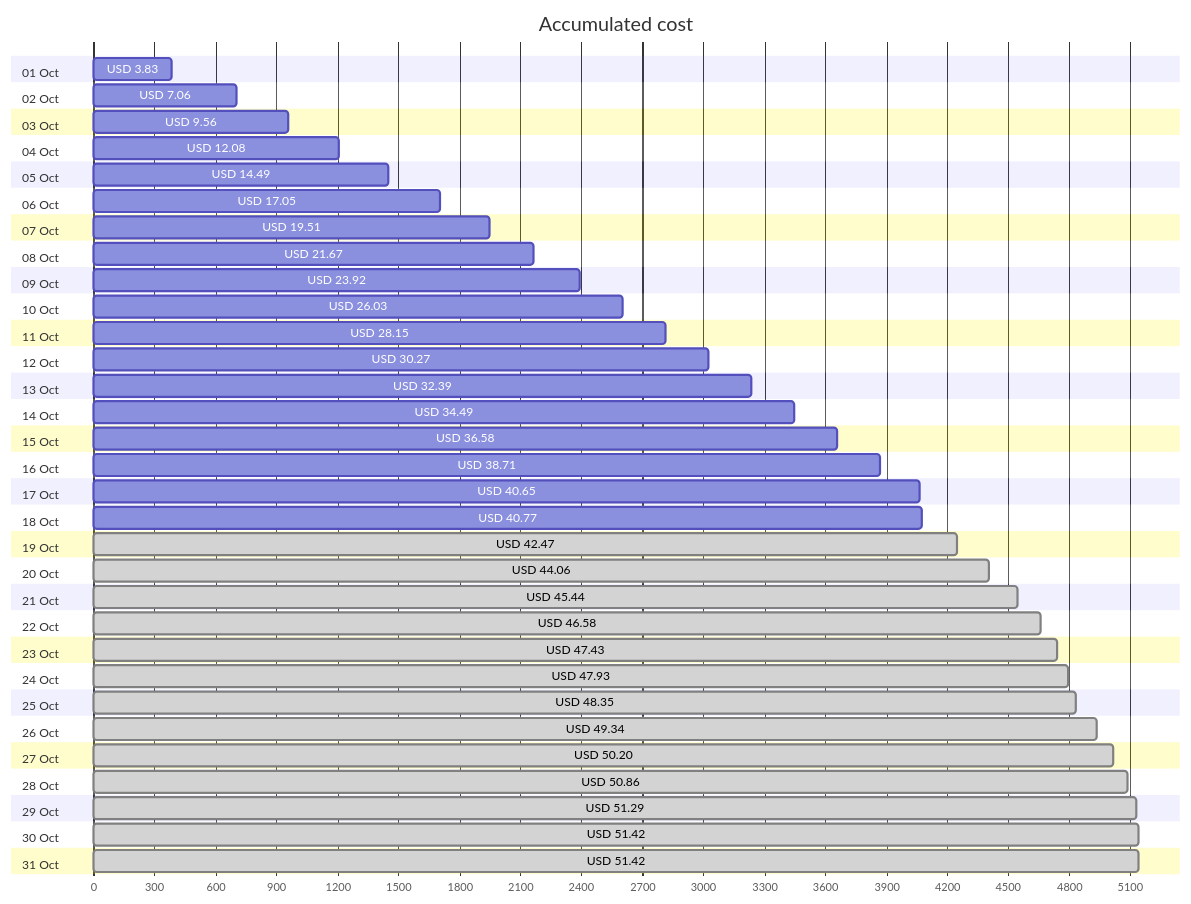
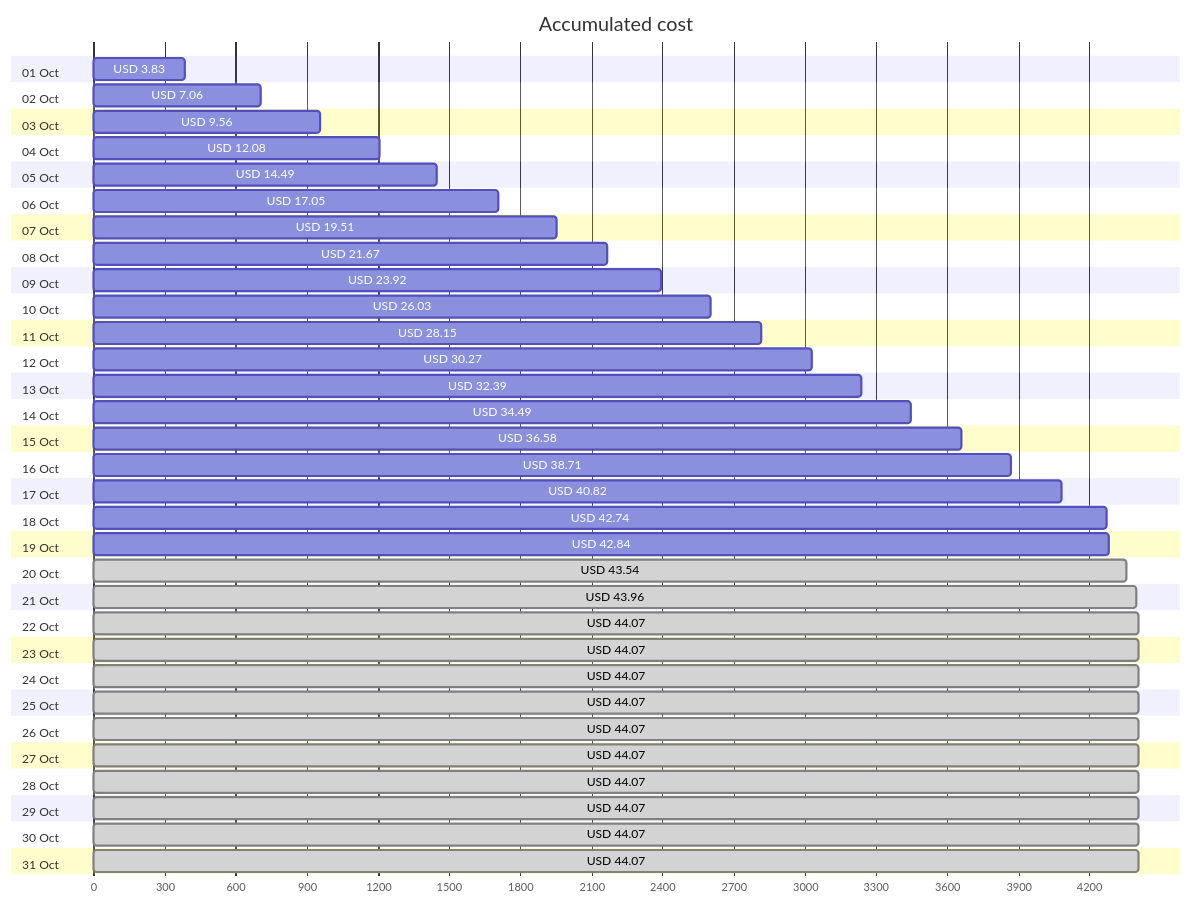
One commit to jpfulton/azure-personal-reports changed the first of 4 diagrams in cost-reports/accumulated-cost.md. Above: the diagram before and after it, drawn with Mermaid. The commit also changed other lines of this file and 4 other files, not shown here.

````diff
--- a/cost-reports/accumulated-cost.md
+++ b/cost-reports/accumulated-cost.md
@@ -20,68 +20,68 @@
 ```mermaid
 gantt
    title Accumulated cost
    dateFormat  X
    axisFormat %s
    section 01 Oct
    USD 3.83 :0, 383
    section 02 Oct
    USD 7.06 :0, 706
    section 03 Oct
    USD 9.56 :0, 956
    section 04 Oct
    USD 12.08 :0, 1208
    section 05 Oct
    USD 14.49 :0, 1449
    section 06 Oct
    USD 17.05 :0, 1705
    section 07 Oct
    USD 19.51 :0, 1951
    section 08 Oct
    USD 21.67 :0, 2167
    section 09 Oct
    USD 23.92 :0, 2392
    section 10 Oct
    USD 26.03 :0, 2603
    section 11 Oct
    USD 28.15 :0, 2815
    section 12 Oct
    USD 30.27 :0, 3027
    section 13 Oct
    USD 32.39 :0, 3239
    section 14 Oct
    USD 34.49 :0, 3449
    section 15 Oct
    USD 36.58 :0, 3658
    section 16 Oct
    USD 38.71 :0, 3871
    section 17 Oct
-   USD 40.65 :0, 4065
+   USD 40.82 :0, 4082
    section 18 Oct
-   USD 40.77 :0, 4077
+   USD 42.74 :0, 4274
    section 19 Oct
-   USD 42.47 : done, 0, 4247
+   USD 42.84 :0, 4284
    section 20 Oct
-   USD 44.06 : done, 0, 4406
+   USD 43.54 : done, 0, 4354
    section 21 Oct
-   USD 45.44 : done, 0, 4544
+   USD 43.96 : done, 0, 4396
    section 22 Oct
-   USD 46.58 : done, 0, 4658
+   USD 44.07 : done, 0, 4407
    section 23 Oct
-   USD 47.43 : done, 0, 4743
+   USD 44.07 : done, 0, 4407
    section 24 Oct
-   USD 47.93 : done, 0, 4793
+   USD 44.07 : done, 0, 4407
    section 25 Oct
-   USD 48.35 : done, 0, 4835
+   USD 44.07 : done, 0, 4407
    section 26 Oct
-   USD 49.34 : done, 0, 4934
+   USD 44.07 : done, 0, 4407
    section 27 Oct
-   USD 50.20 : done, 0, 5020
+   USD 44.07 : done, 0, 4407
    section 28 Oct
-   USD 50.86 : done, 0, 5086
+   USD 44.07 : done, 0, 4407
    section 29 Oct
-   USD 51.29 : done, 0, 5129
+   USD 44.07 : done, 0, 4407
    section 30 Oct
-   USD 51.42 : done, 0, 5142
+   USD 44.07 : done, 0, 4407
    section 31 Oct
-   USD 51.42 : done, 0, 5142
+   USD 44.07 : done, 0, 4407
 ```
````
